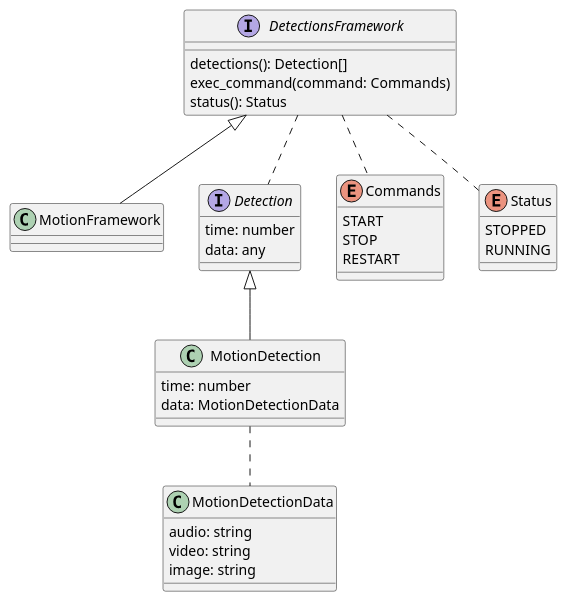
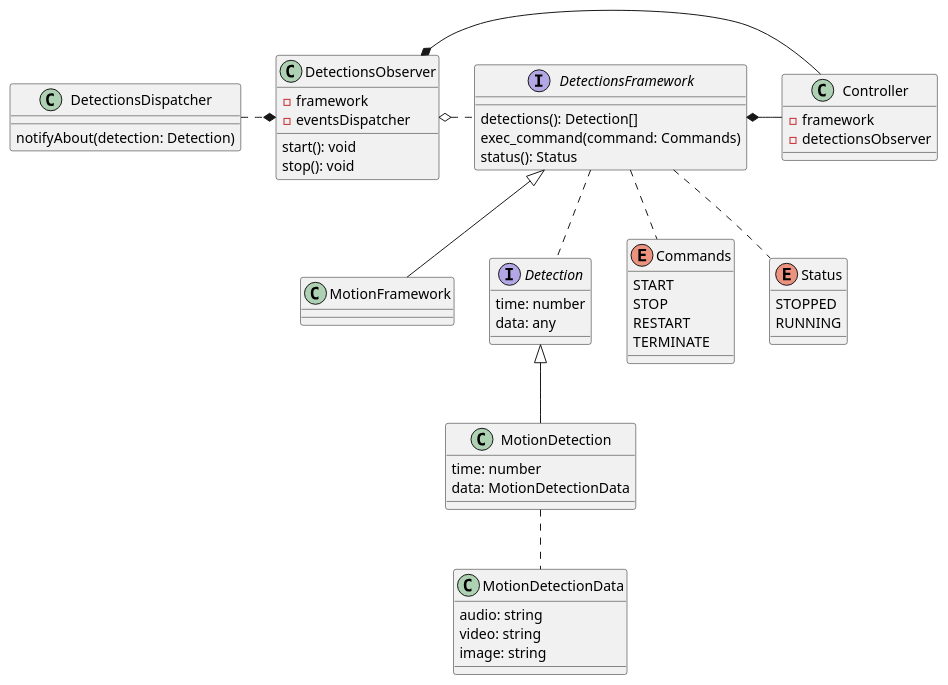
Before and after one commit to saratoga8/motion_notifier: the diagram in docs/classes/dfs.puml, drawn with PlantUML. The commit also changed 1 other file, not shown here.

```diff
--- a/docs/classes/dfs.puml
+++ b/docs/classes/dfs.puml
@@ -1,46 +1,69 @@
 @startuml
 'https://plantuml.com/class-diagram
+
+
 
 interface DetectionsFramework {
   detections(): Detection[]
   exec_command(command: Commands)
   status(): Status
 }
 
 class MotionFramework
 
 Interface Detection {
   time: number
   data: any
 }
 
 class MotionDetectionData {
    audio: string
    video: string
    image: string
 }
 
 class MotionDetection {
    time: number
    data: MotionDetectionData
 }
 
 enum Commands {
   START
   STOP
   RESTART
+  TERMINATE
 }
 
 enum Status {
   STOPPED
   RUNNING
 }
 
+class DetectionsObserver {
+   - framework
+   - eventsDispatcher
+   start(): void
+   stop(): void
+}
+
+class DetectionsDispatcher {
+   notifyAbout(detection: Detection)
+}
+
+class Controller {
+   - framework
+   - detectionsObserver
+}
+
+DetectionsObserver o. DetectionsFramework
+DetectionsDispatcher .* DetectionsObserver
 DetectionsFramework <|-- MotionFramework
 Detection <|-- MotionDetection
 DetectionsFramework .. Status
 DetectionsFramework .. Detection
 DetectionsFramework .. Commands
 MotionDetection .. MotionDetectionData
+DetectionsObserver *- Controller
+DetectionsFramework *- Controller
 
 @enduml
```
